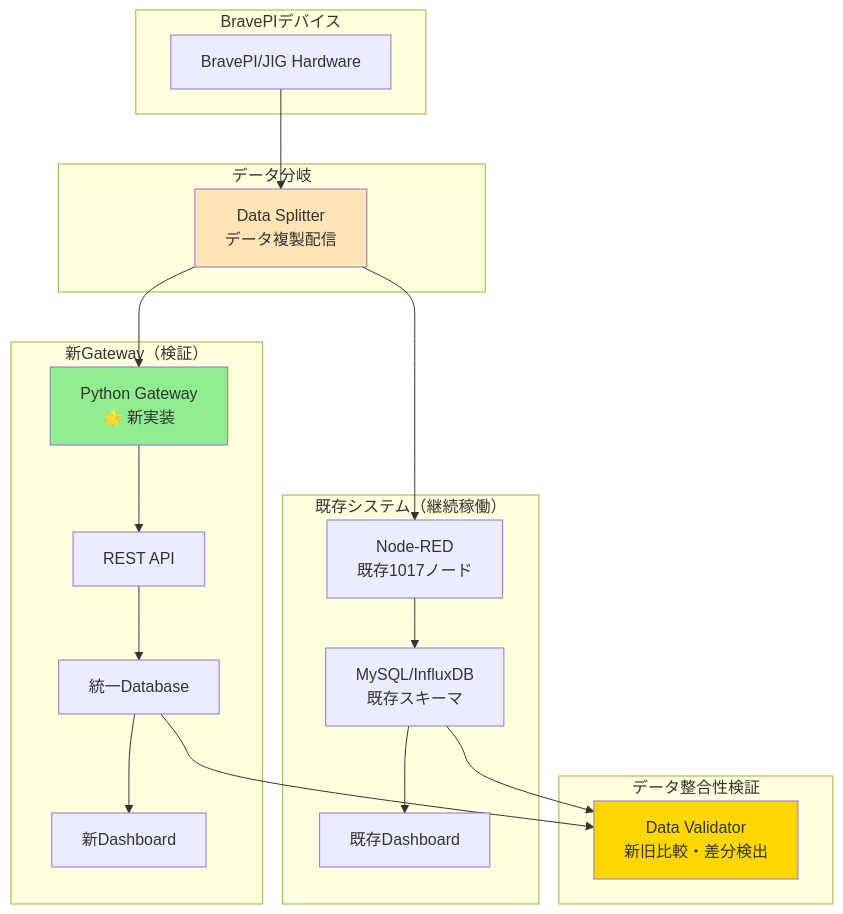
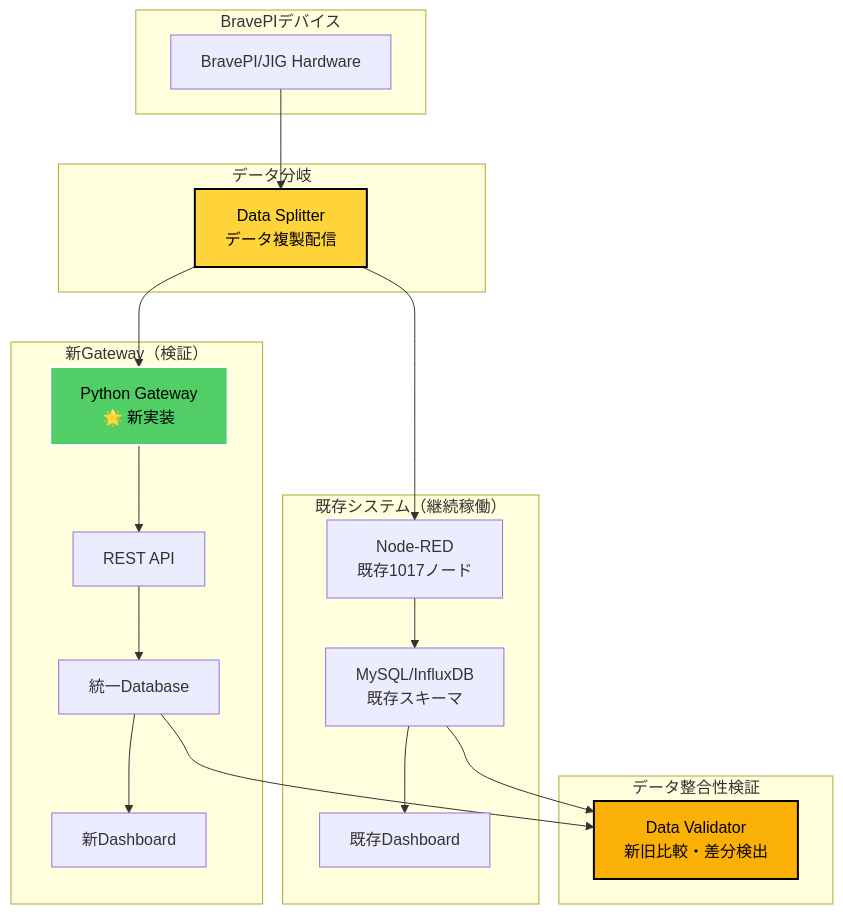
One commit to w-pinkietech/iot4-copy changed diagram 12 of 14 in docs/new-system/architecture/system-overview-diagrams.md. Above: the diagram before and after it, drawn with Mermaid. The commit also changed other lines of this file, not shown here.

First line of the commit message:
docs: Fix Mermaid syntax and improve dark mode colors in system diagrams

````diff
--- a/docs/new-system/architecture/system-overview-diagrams.md
+++ b/docs/new-system/architecture/system-overview-diagrams.md
@@ -422,41 +422,41 @@
 ```mermaid
 graph TB
     subgraph "BravePIデバイス"
         BPI[BravePI/JIG Hardware]
     end
     
     subgraph "データ分岐"
         SPLIT[Data Splitter<br/>データ複製配信]
     end
     
     subgraph "既存システム（継続稼働）"
         OLD_NR[Node-RED<br/>既存1017ノード]
         OLD_DB[MySQL/InfluxDB<br/>既存スキーマ]
         OLD_UI[既存Dashboard]
     end
     
     subgraph "新Gateway（検証）"
         NEW_GW[Python Gateway<br/>🌟 新実装]
         NEW_API[REST API]
         NEW_DB[統一Database]
         NEW_UI[新Dashboard]
     end
     
     subgraph "データ整合性検証"
         VALIDATOR[Data Validator<br/>新旧比較・差分検出]
     end
     
     BPI --> SPLIT
     SPLIT --> OLD_NR
     SPLIT --> NEW_GW
     
     OLD_NR --> OLD_DB --> OLD_UI
     NEW_GW --> NEW_API --> NEW_DB --> NEW_UI
     
     OLD_DB --> VALIDATOR
     NEW_DB --> VALIDATOR
     
-    style NEW_GW fill:#90EE90
-    style VALIDATOR fill:#FFD700
-    style SPLIT fill:#FFE4B5
+    style NEW_GW fill:#51cf66,stroke:#fff,stroke-width:2px,color:#000
+    style VALIDATOR fill:#fab005,stroke:#000,stroke-width:2px,color:#000
+    style SPLIT fill:#ffd43b,stroke:#000,stroke-width:2px,color:#000
 ```
````
